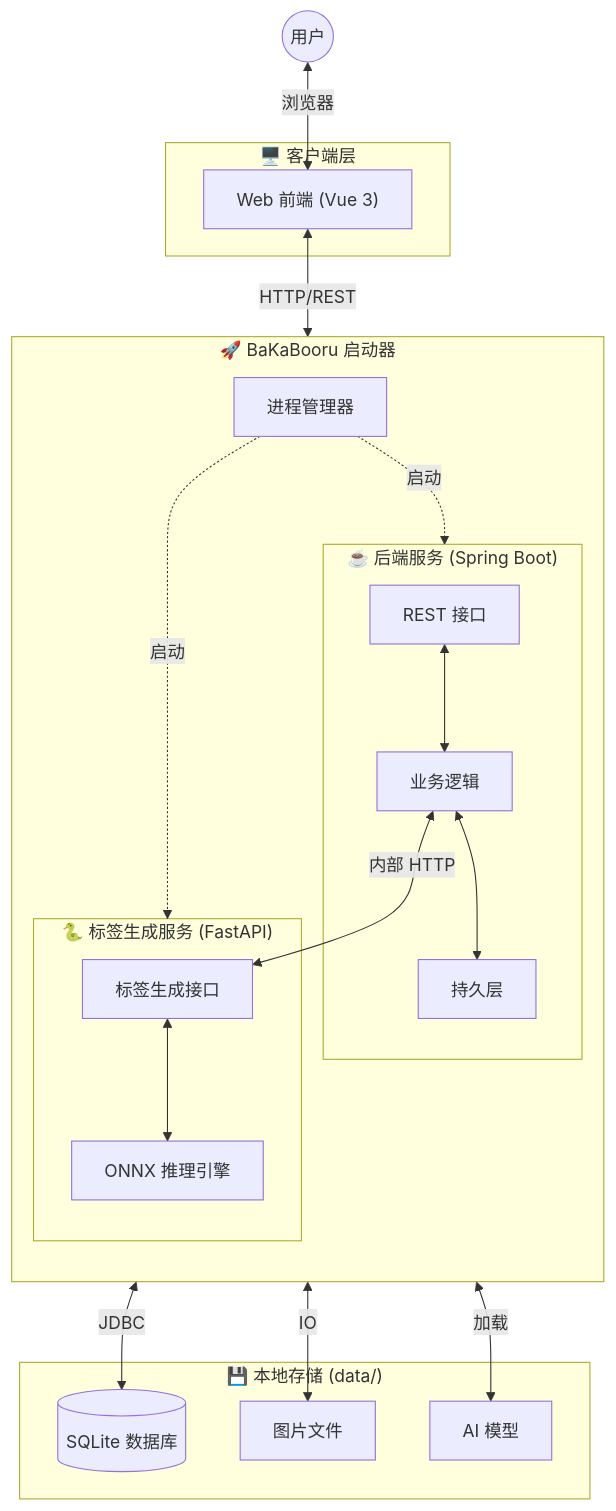
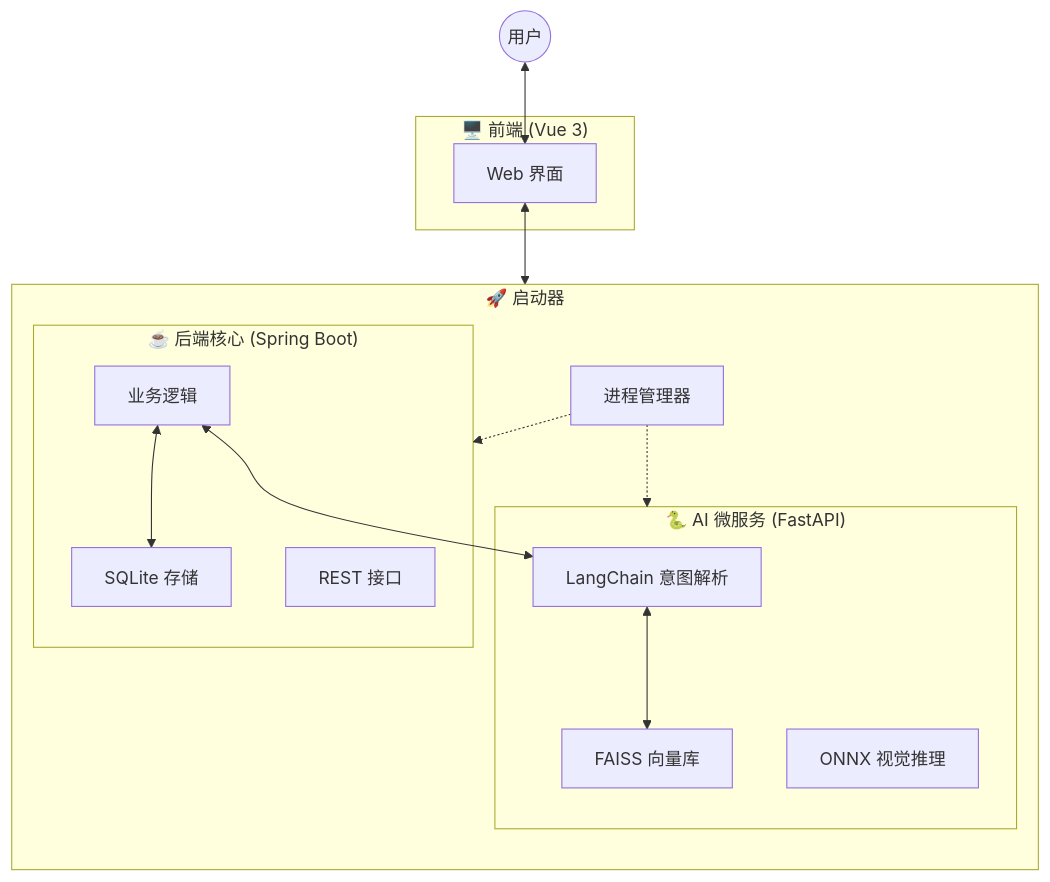
One commit to tamakara/ImageDrawer changed the diagram in README.md. Above: the diagram before and after it, drawn with Mermaid. The commit also changed other lines of this file and 1 other file, not shown here.

````diff
--- a/README.md
+++ b/README.md
@@ -44,43 +77,31 @@
 ```mermaid
 graph TD
-    subgraph Client ["🖥️ 客户端层"]
-        UI["Web 前端 (Vue 3)"]
+    subgraph Client ["🖥️ 前端 (Vue 3)"]
+        UI["Web 界面"]
     end
-
-    subgraph Launcher ["🚀 BaKaBooru 启动器"]
+    
+    subgraph Launcher ["🚀 启动器"]
         direction TB
         PM["进程管理器"]
         
-        subgraph JavaProcess ["☕ 后端服务 (Spring Boot)"]
+        subgraph JavaProcess ["☕ 后端核心 (Spring Boot)"]
             API["REST 接口"]
             Core["业务逻辑"]
-            JPA["持久层"]
+            JPA["SQLite 存储"]
         end
 
-        subgraph PythonProcess ["🐍 标签生成服务 (FastAPI)"]
-            TagAPI["标签生成接口"]
-            Inference["ONNX 推理引擎"]
+        subgraph PythonProcess ["🐍 AI 微服务 (FastAPI)"]
+            Agent["LangChain 意图解析"]
+            VectorDB["FAISS 向量库"]
+            Inference["ONNX 视觉推理"]
         end
     end
 
-    subgraph Storage ["💾 本地存储 (data/)"]
-        SQLite[("SQLite 数据库")]
-        Files["图片文件"]
-        Models["AI 模型"]
-    end
-
-    %% Interactions
-    User((用户)) <-->|浏览器| UI
-    PM -.->|启动| JavaProcess
-    PM -.->|启动| PythonProcess
-    
-    UI <-->|HTTP/REST| API
-    API <--> Core
+    User((用户)) <--> UI
+    PM -.-> JavaProcess
+    PM -.-> PythonProcess
+    UI <--> API
+    Core <--> Agent
+    Agent <--> VectorDB
     Core <--> JPA
-    Core <-->|内部 HTTP| TagAPI
-    
-    JPA <-->|JDBC| SQLite
-    Core <-->|IO| Files
-    TagAPI <--> Inference
-    Inference <-->|加载| Models
 ```
````
